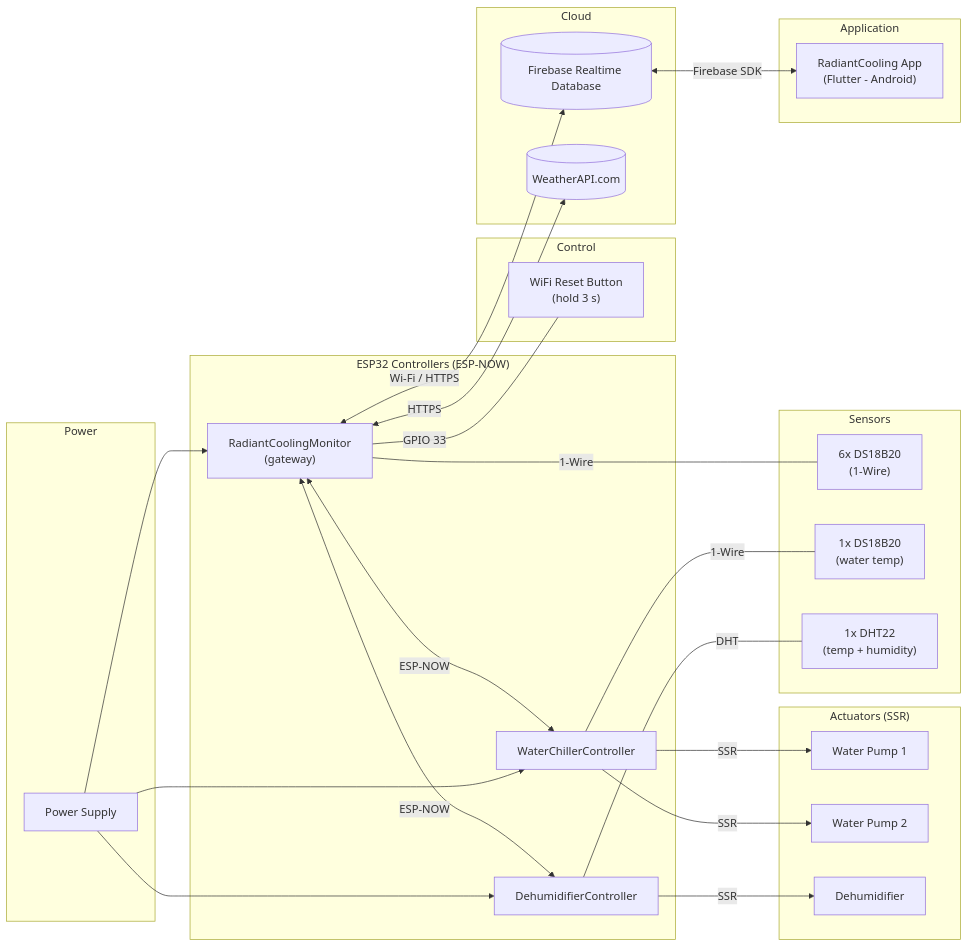
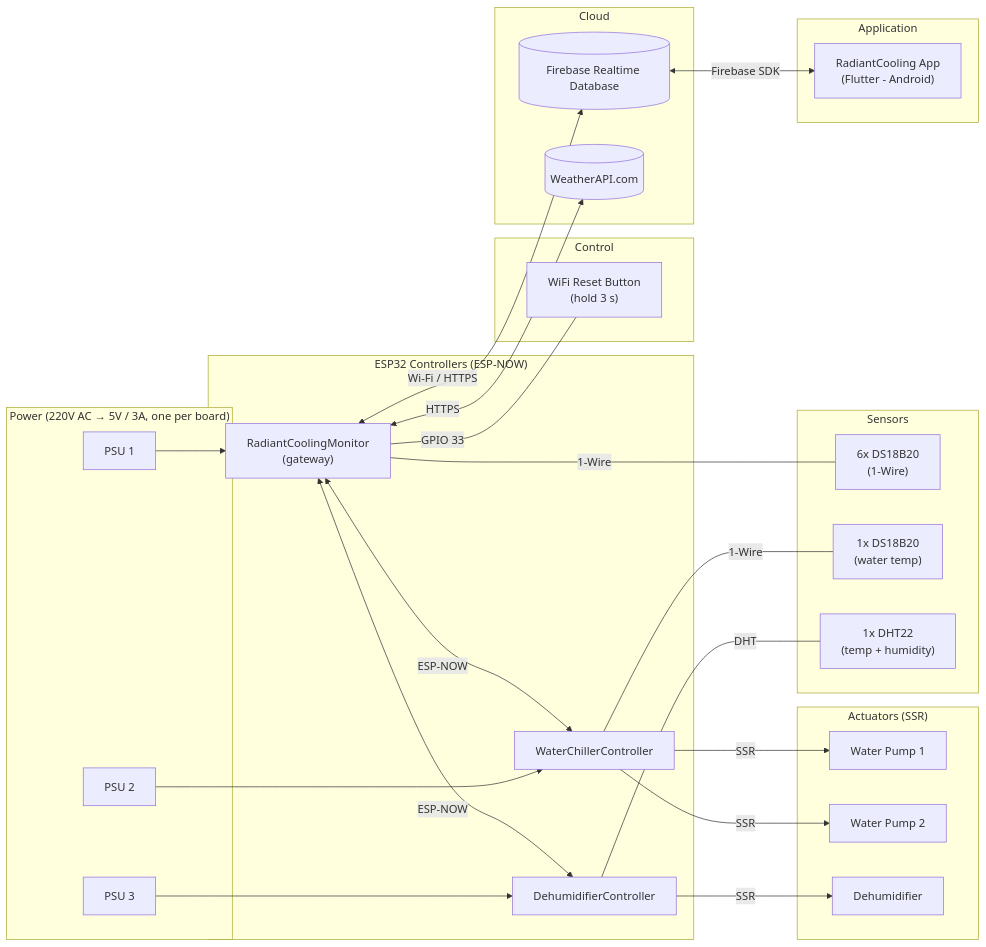
The diagram in docs/diagrams/block-diagram.md (qppd/radiant-cooling), drawn with Mermaid before and after one commit. The commit also changed other lines of this file and 10 other files, not shown here.

First line of the commit message:
Isolate weather credentials; document per-board power supplies

````diff
--- a/docs/diagrams/block-diagram.md
+++ b/docs/diagrams/block-diagram.md
@@ -17,57 +17,59 @@
 ```mermaid
 flowchart LR
-    subgraph PWR["Power"]
-        PS["Power Supply"]
+    subgraph PWR["Power (220V AC → 5V / 3A, one per board)"]
+        PS1["PSU 1"]
+        PS2["PSU 2"]
+        PS3["PSU 3"]
     end
 
     subgraph CTRL["ESP32 Controllers (ESP-NOW)"]
         GW["RadiantCoolingMonitor<br/>(gateway)"]
         WCC["WaterChillerController"]
         DHC["DehumidifierController"]
     end
 
     subgraph SEN["Sensors"]
         T6["6x DS18B20<br/>(1-Wire)"]
         T1["1x DS18B20<br/>(water temp)"]
         DHT["1x DHT22<br/>(temp + humidity)"]
     end
 
     subgraph BTN["Control"]
         RESET["WiFi Reset Button<br/>(hold 3 s)"]
     end
 
     subgraph ACT["Actuators (SSR)"]
         P1["Water Pump 1"]
         P2["Water Pump 2"]
         DHU["Dehumidifier"]
     end
 
     subgraph CLOUD["Cloud"]
         FB[("Firebase Realtime Database")]
         WX[("WeatherAPI.com")]
     end
 
     subgraph APP["Application"]
         UI["RadiantCooling App<br/>(Flutter - Android)"]
     end
 
-    PS --> GW
-    PS --> WCC
-    PS --> DHC
+    PS1 --> GW
+    PS2 --> WCC
+    PS3 --> DHC
 
     GW <-->|"ESP-NOW"| WCC
     GW <-->|"ESP-NOW"| DHC
 
     GW ---|"1-Wire"| T6
     GW ---|"GPIO 33"| RESET
     WCC ---|"1-Wire"| T1
     DHC ---|"DHT"| DHT
 
     WCC -->|"SSR"| P1
     WCC -->|"SSR"| P2
     DHC -->|"SSR"| DHU
 
     GW <-->|"Wi-Fi / HTTPS"| FB
     GW <-->|"HTTPS"| WX
     FB <-->|"Firebase SDK"| UI
 ```
````
